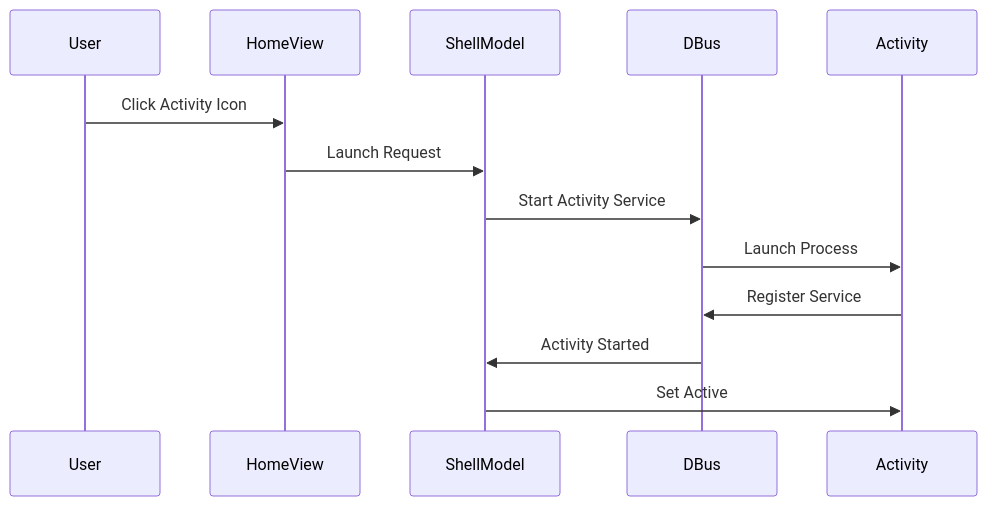
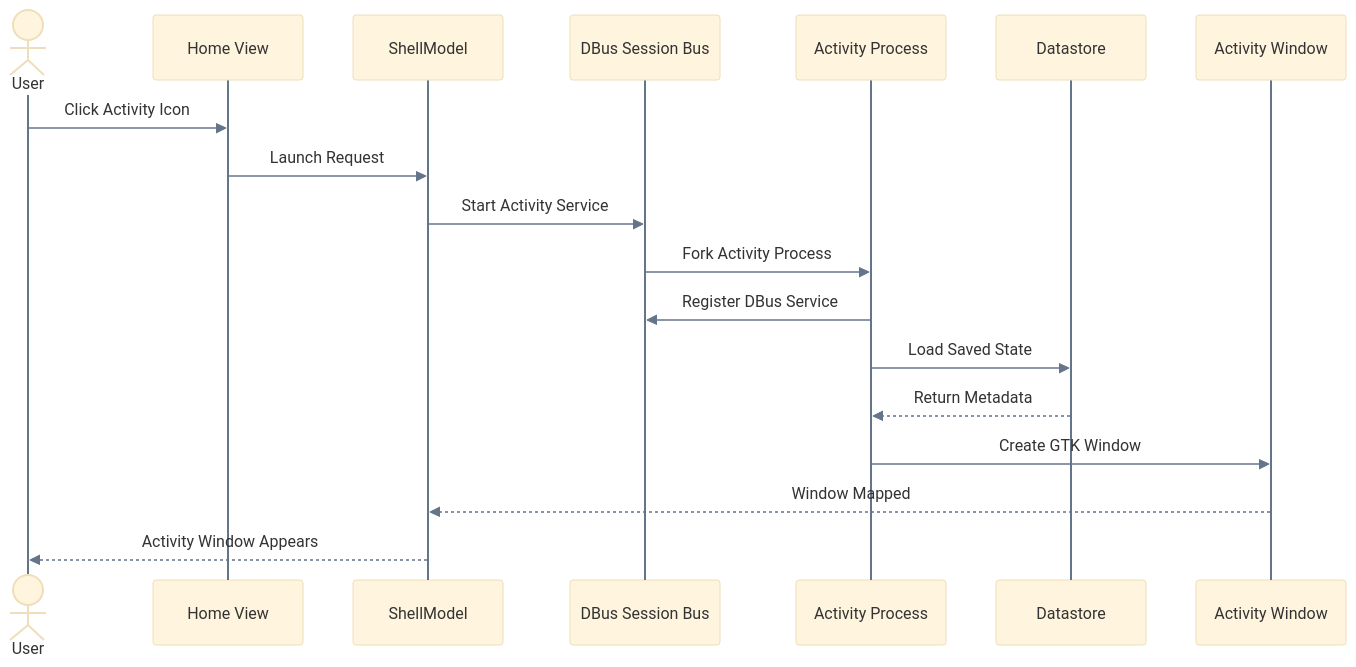
One commit to Dev10-sys/sugar-proposal-gtk changed the second of 13 diagrams in proposal.md. Above: the diagram before and after it, drawn with Mermaid. The commit also changed other lines of this file, not shown here.

Commit message:
docs: Upgrade all GSoC proposal diagrams to professional engineering standards with GTK4/Wayland focused architecture

````diff
--- a/proposal.md
+++ b/proposal.md
@@ -228,16 +248,22 @@
 ```mermaid
+%%{init: {'theme': 'base', 'themeVariables': {'lineColor': '#64748b', 'actorLineColor': '#64748b', 'signalColor': '#64748b'}}}%%
 sequenceDiagram
-    participant User
-    participant HomeView
-    participant ShellModel
-    participant DBus
-    participant Activity
+    actor User
+    participant HV as Home View
+    participant SM as ShellModel
+    participant DB as DBus Session Bus
+    participant AP as Activity Process
+    participant DS as Datastore
+    participant AW as Activity Window
 
-    User->>HomeView: Click Activity Icon
-    HomeView->>ShellModel: Launch Request
-    ShellModel->>DBus: Start Activity Service
-    DBus->>Activity: Launch Process
-    Activity->>DBus: Register Service
-    DBus->>ShellModel: Activity Started
-    ShellModel->>Activity: Set Active
+    User->>HV: Click Activity Icon
+    HV->>SM: Launch Request
+    SM->>DB: Start Activity Service
+    DB->>AP: Fork Activity Process
+    AP->>DB: Register DBus Service
+    AP->>DS: Load Saved State
+    DS-->>AP: Return Metadata
+    AP->>AW: Create GTK Window
+    AW-->>SM: Window Mapped
+    SM-->>User: Activity Window Appears
 ```
````
